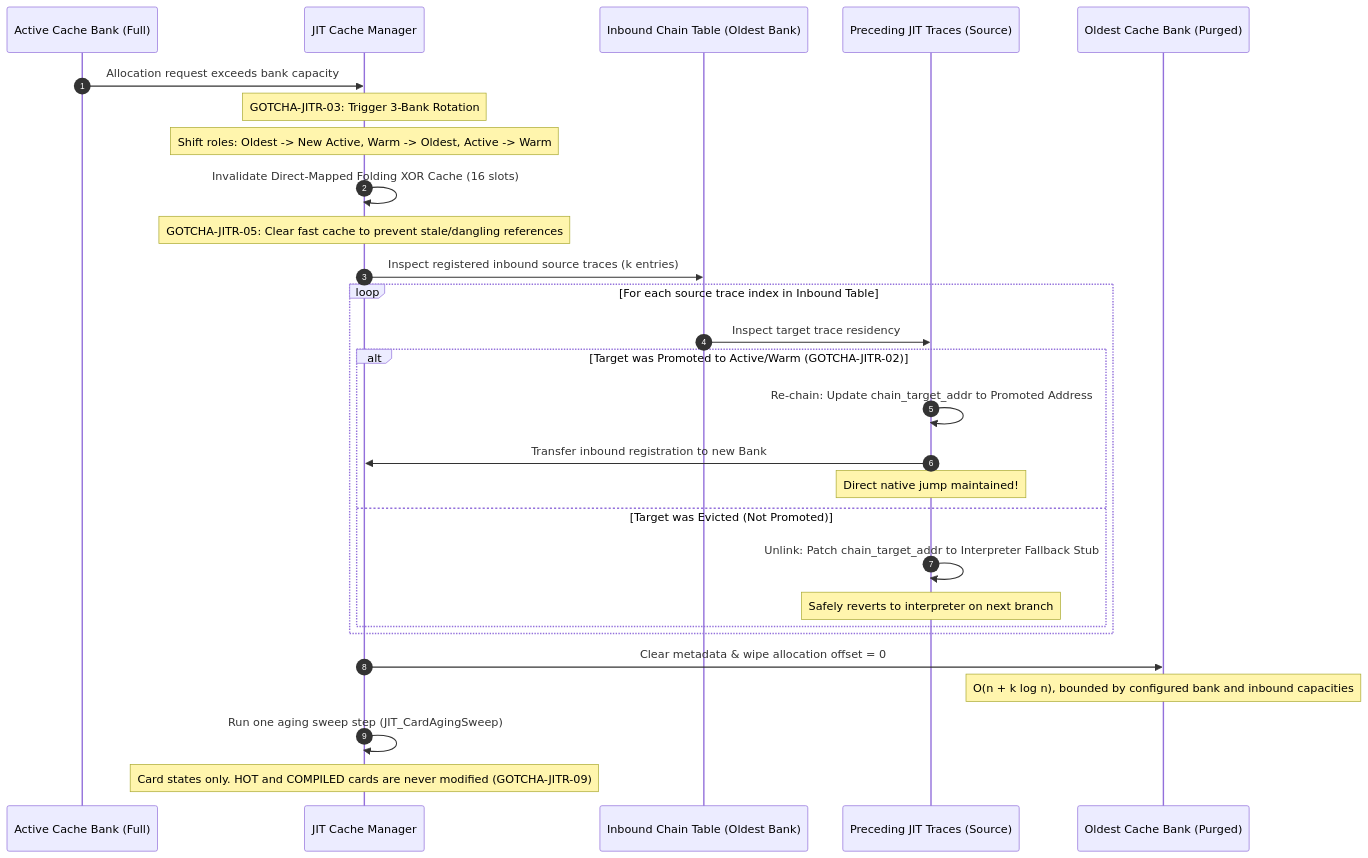
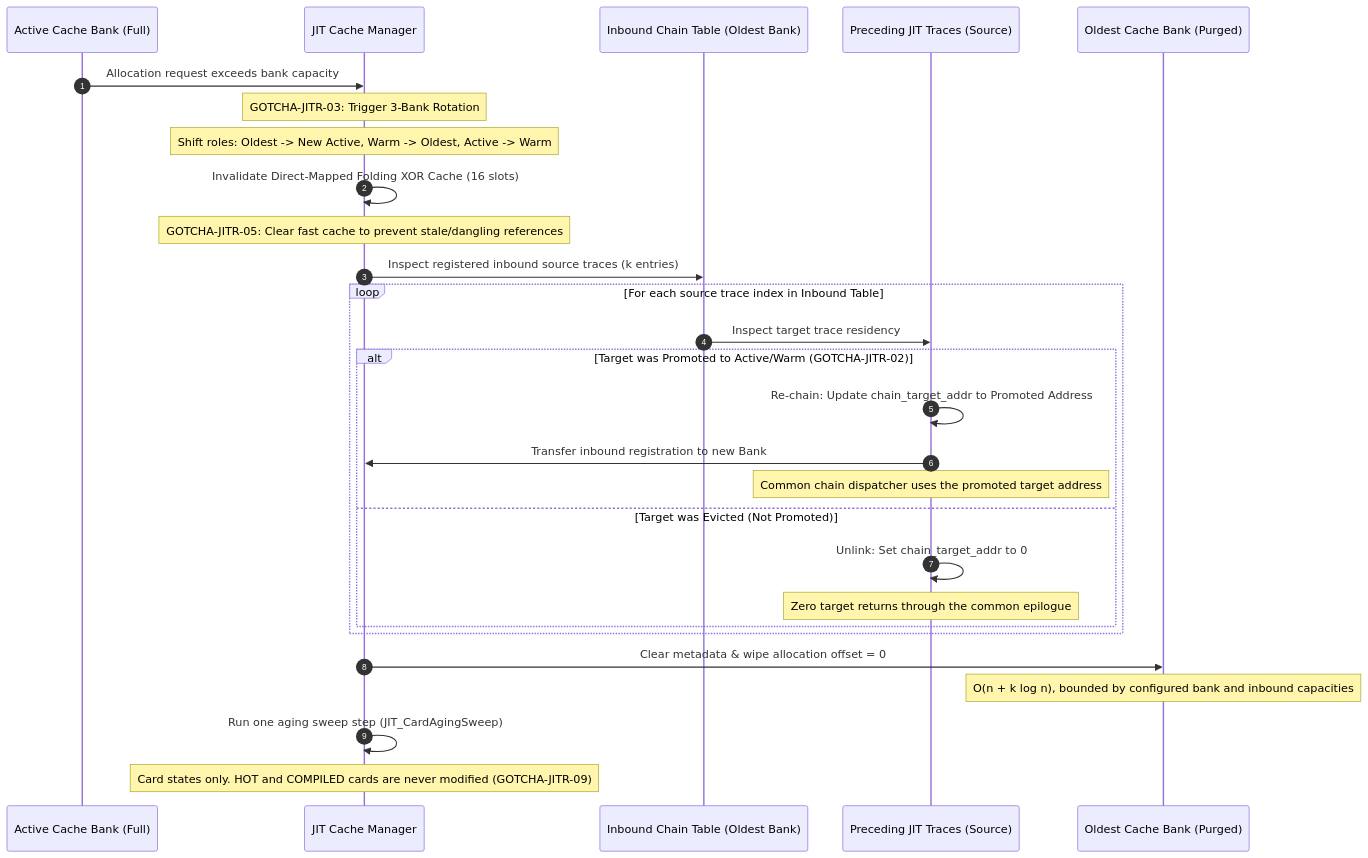
The fourth of 6 diagrams in docs/components/tier3_executer/jit_runtime.md (kmt-t/fireball), drawn with Mermaid before and after one commit. The commit also changed other lines of this file and 205 other files, not shown here.

````diff
--- a/docs/components/tier3_executer/jit_runtime.md
+++ b/docs/components/tier3_executer/jit_runtime.md
@@ -210,35 +213,35 @@
 ```mermaid
 sequenceDiagram
     autonumber
     participant Active as Active Cache Bank (Full)
     participant Mgr as JIT Cache Manager
     participant Inbound as Inbound Chain Table (Oldest Bank)
     participant Source as Preceding JIT Traces (Source)
     participant Oldest as Oldest Cache Bank (Purged)
 
     Active->>Mgr: Allocation request exceeds bank capacity
     Note over Mgr: GOTCHA-JITR-03: Trigger 3-Bank Rotation
     Note over Mgr: Shift roles: Oldest -> New Active, Warm -> Oldest, Active -> Warm
 
     Mgr->>Mgr: Invalidate Direct-Mapped Folding XOR Cache (16 slots)
     Note over Mgr: GOTCHA-JITR-05: Clear fast cache to prevent stale/dangling references
 
     Mgr->>Inbound: Inspect registered inbound source traces (k entries)
     loop For each source trace index in Inbound Table
         Inbound->>Source: Inspect target trace residency
         alt Target was Promoted to Active/Warm (GOTCHA-JITR-02)
             Source->>Source: Re-chain: Update chain_target_addr to Promoted Address
             Source->>Mgr: Transfer inbound registration to new Bank
-            Note over Source: Direct native jump maintained!
+            Note over Source: Common chain dispatcher uses the promoted target address
         else Target was Evicted (Not Promoted)
-            Source->>Source: Unlink: Patch chain_target_addr to Interpreter Fallback Stub
-            Note over Source: Safely reverts to interpreter on next branch
+            Source->>Source: Unlink: Set chain_target_addr to 0
+            Note over Source: Zero target returns through the common epilogue
         end
     end
 
     Mgr->>Oldest: Clear metadata & wipe allocation offset = 0
     Note over Oldest: O(n + k log n), bounded by configured bank and inbound capacities
 
     Mgr->>Mgr: Run one aging sweep step (JIT_CardAgingSweep)
     Note over Mgr: Card states only. HOT and COMPILED cards are never modified (GOTCHA-JITR-09)
 ```
````
